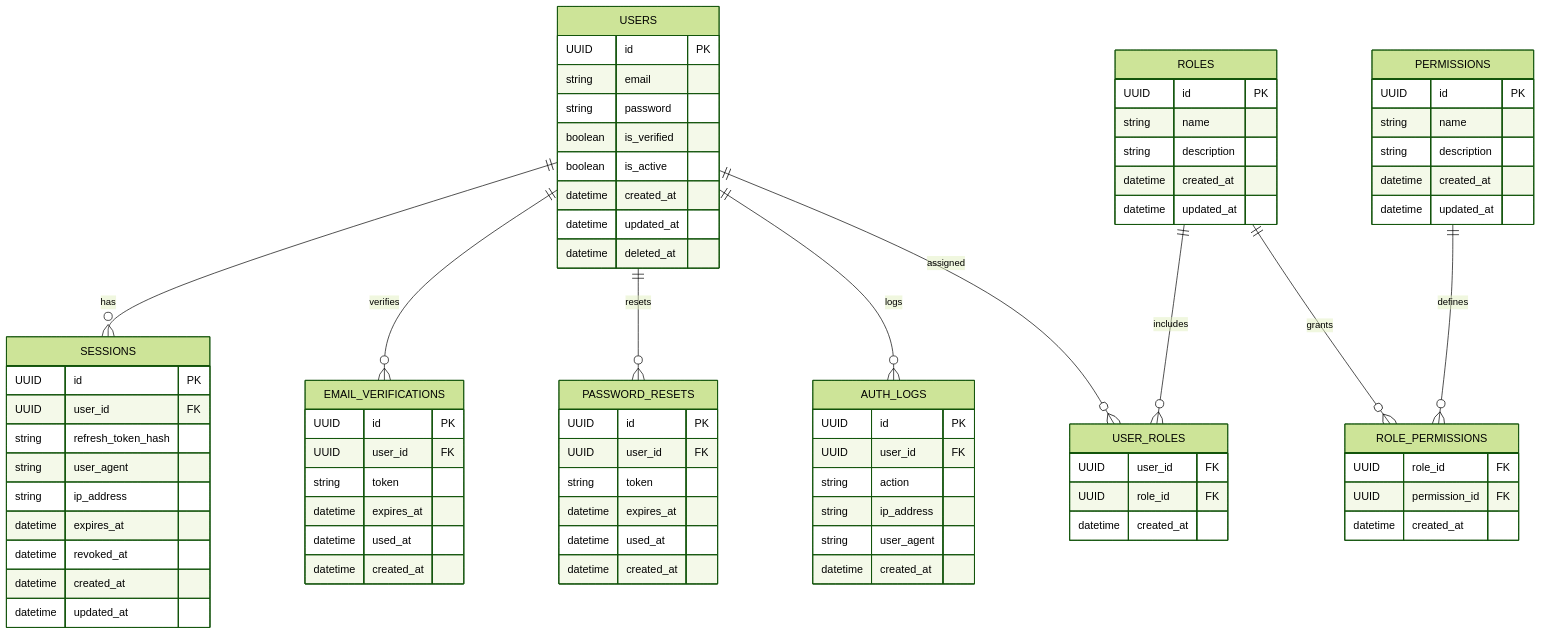
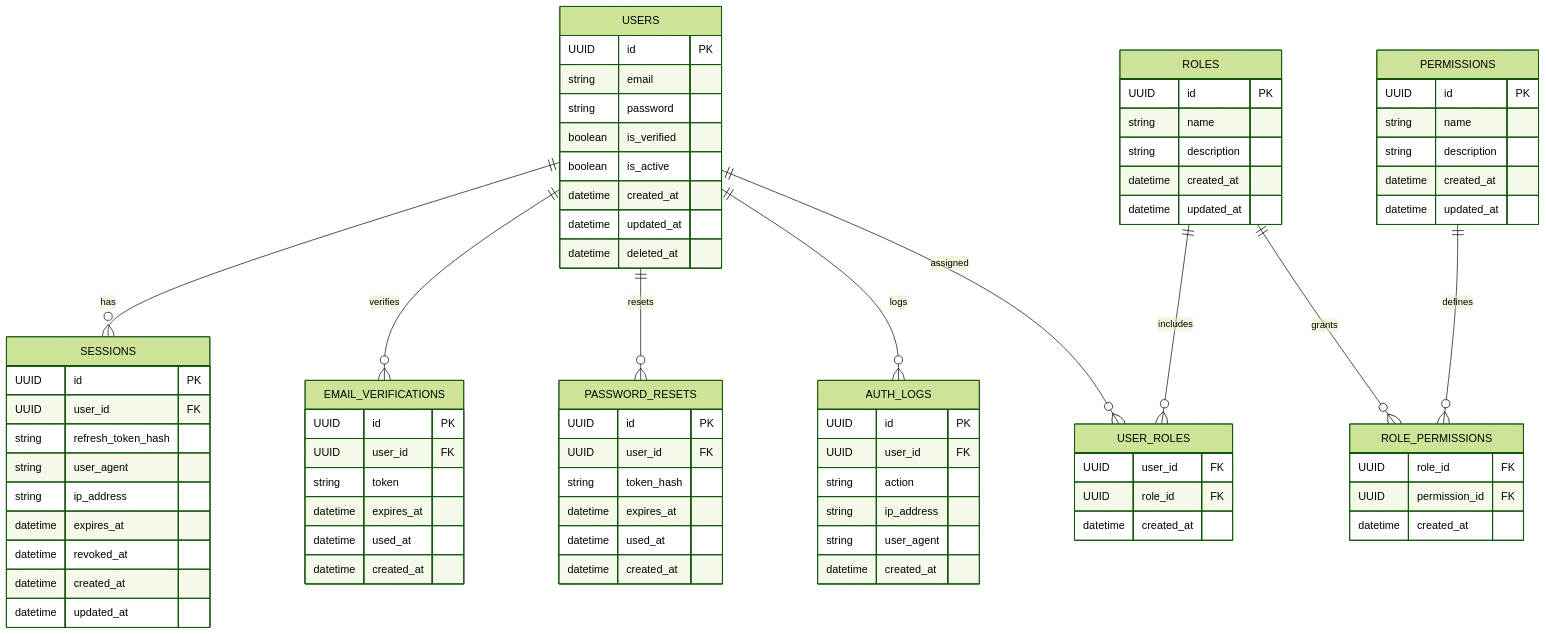
One commit to andr497/authentication-api changed the diagram in structure.md. Above: the diagram before and after it, drawn with Mermaid (forest theme). The commit also changed 29 other files, not shown here.

First line of the commit message:
feat(auth): refactor password reset flow and update database schema

```diff
--- a/structure.md
+++ b/structure.md
@@ -36,7 +36,7 @@
     PASSWORD_RESETS {
         UUID id PK
         UUID user_id FK
-        string token
+        string token_hash
         datetime expires_at
         datetime used_at
         datetime created_at
```
